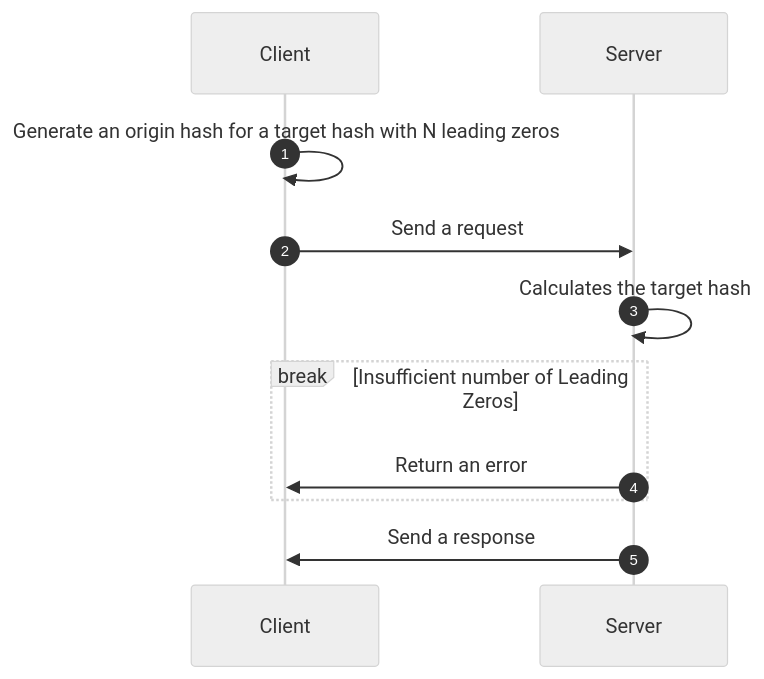
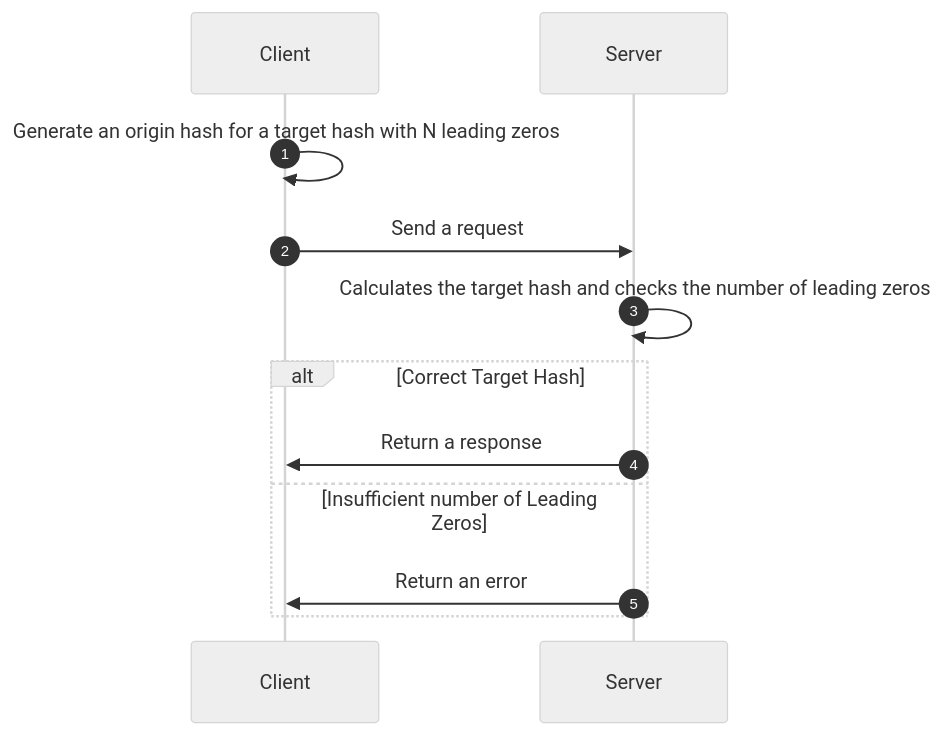
One commit to 1prefix/pow-account changed the diagram in README.md. Above: the diagram before and after it, drawn with Mermaid (neutral theme). The commit also changed other lines of this file, not shown here.

````diff
--- a/README.md
+++ b/README.md
@@ -9,16 +9,16 @@
 ```mermaid
 sequenceDiagram
     autonumber
     participant c as Client
     participant s as Server
 
     c ->> c: Generate an origin hash for a target hash with N leading zeros
     c ->> s: Send a request
-    s ->> s: Calculates the target hash
+    s ->> s: Calculates the target hash and checks the number of leading zeros
 
-    break Insufficient number of Leading Zeros
-        s ->> c: Return an error
+    alt Correct Target Hash
+      s ->> c: Return a response
+    else Insufficient number of Leading Zeros
+      s ->> c: Return an error
     end
-
-    s ->> c: Send a response
 ```
````
